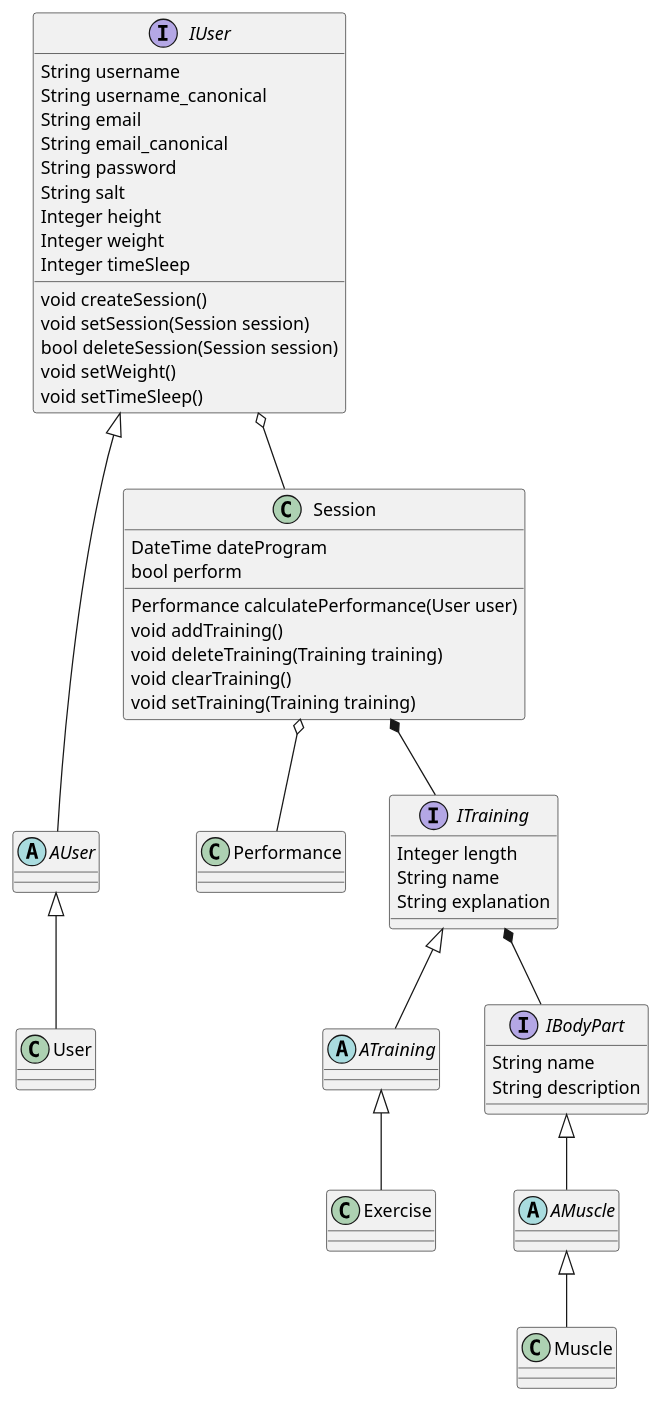
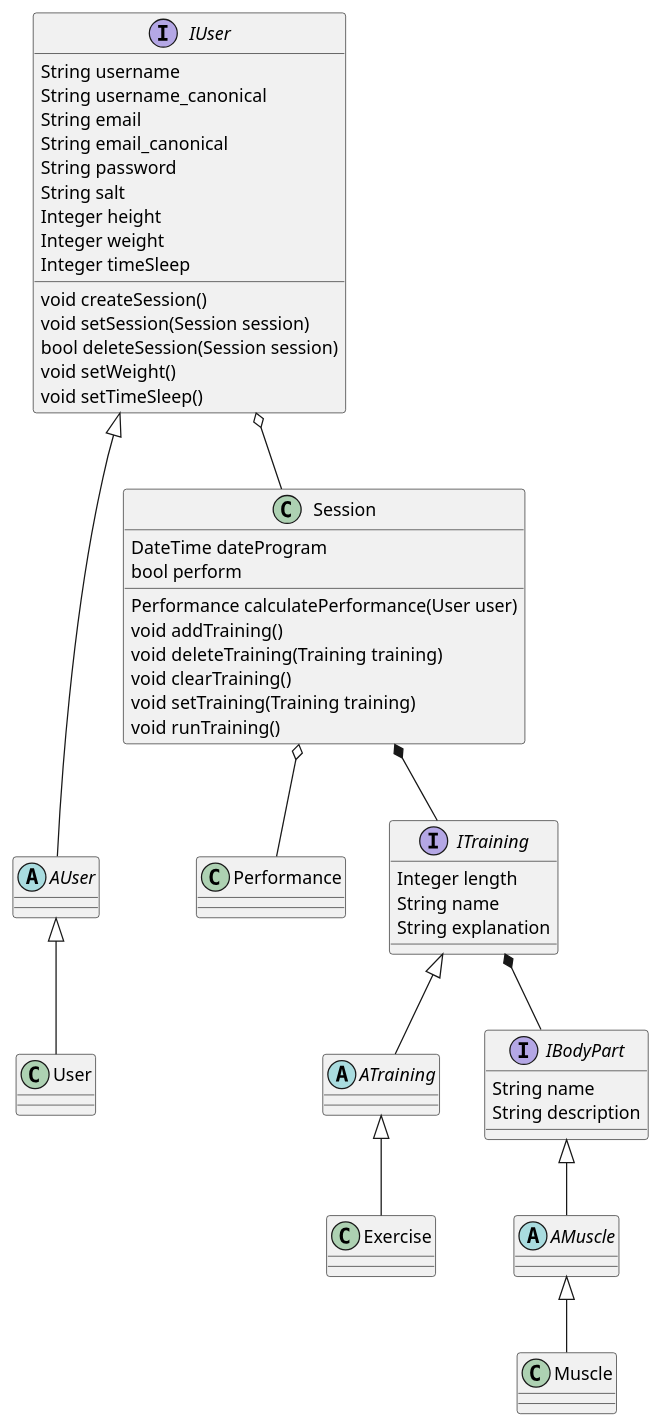
Before and after one commit to SharafGabel/GYMTONIK: the diagram in diagrams/DiagrammeClasse.puml, drawn with PlantUML. The commit also changed 3 other files, not shown here.

Commit message:
Modification des diagrammes de séquence afin d'utiliser les classes et noms de méthodes.

```diff
--- a/diagrams/DiagrammeClasse.puml
+++ b/diagrams/DiagrammeClasse.puml
@@ -1,57 +1,58 @@
 @startuml
 
 interface IUser{
     String username
     String username_canonical
     String email
     String email_canonical
     String password
     String salt
     Integer height
     Integer weight
     Integer timeSleep
     void createSession()
     void setSession(Session session)
     bool deleteSession(Session session)
     void setWeight()
     void setTimeSleep()
 }
 abstract class AUser
 class User
 class Performance
 class Exercise
 class Session{
     DateTime dateProgram
     bool perform
     Performance calculatePerformance(User user)
     void addTraining()
     void deleteTraining(Training training)
     void clearTraining()
     void setTraining(Training training)
+    void runTraining()
 }
 interface ITraining {
     Integer length
     String name
     String explanation
 }
 abstract class ATraining
 interface IBodyPart {
     String name
     String description
 }
 abstract class AMuscle
 class Muscle
 
 
 AUser <|-- User
 IUser <|--- AUser
 ITraining <|-- ATraining
 ATraining <|-- Exercise
 Session o-- Performance
 Session *-- ITraining
 IBodyPart <|-- AMuscle
 AMuscle <|-- Muscle
 ITraining *-- IBodyPart
 IUser o-- Session
 
 @enduml
```
